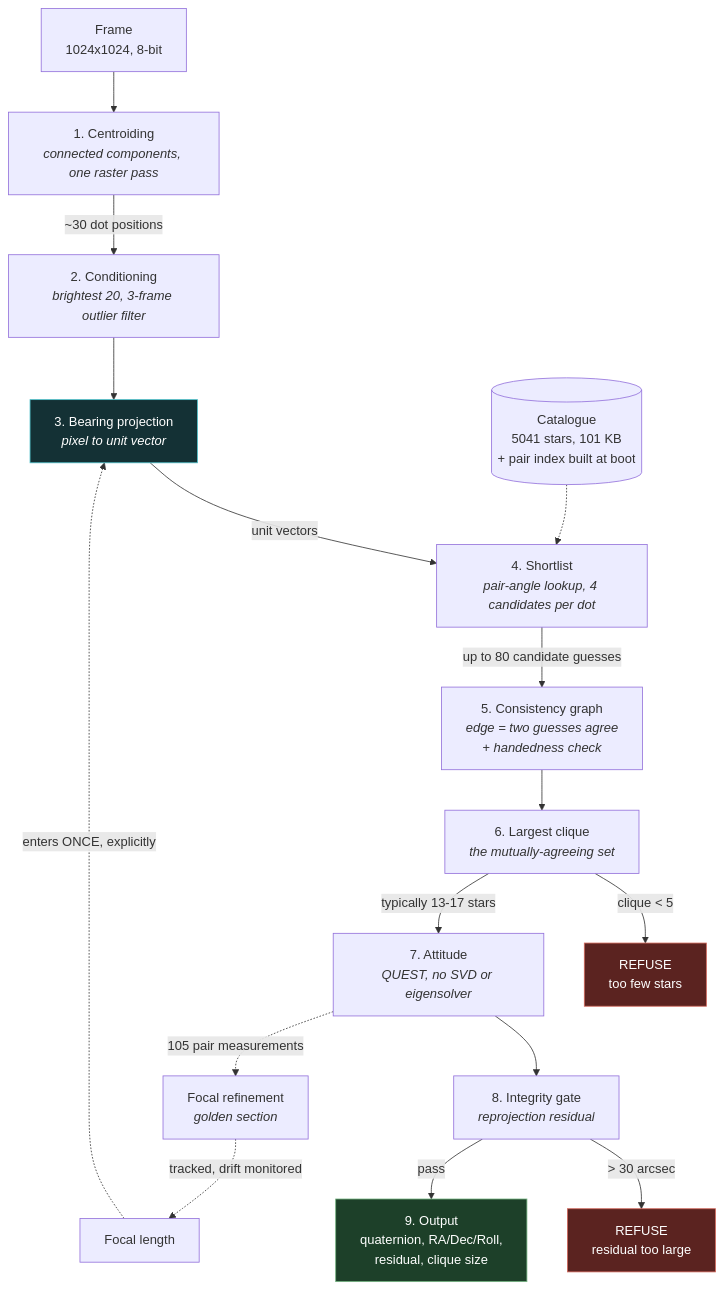
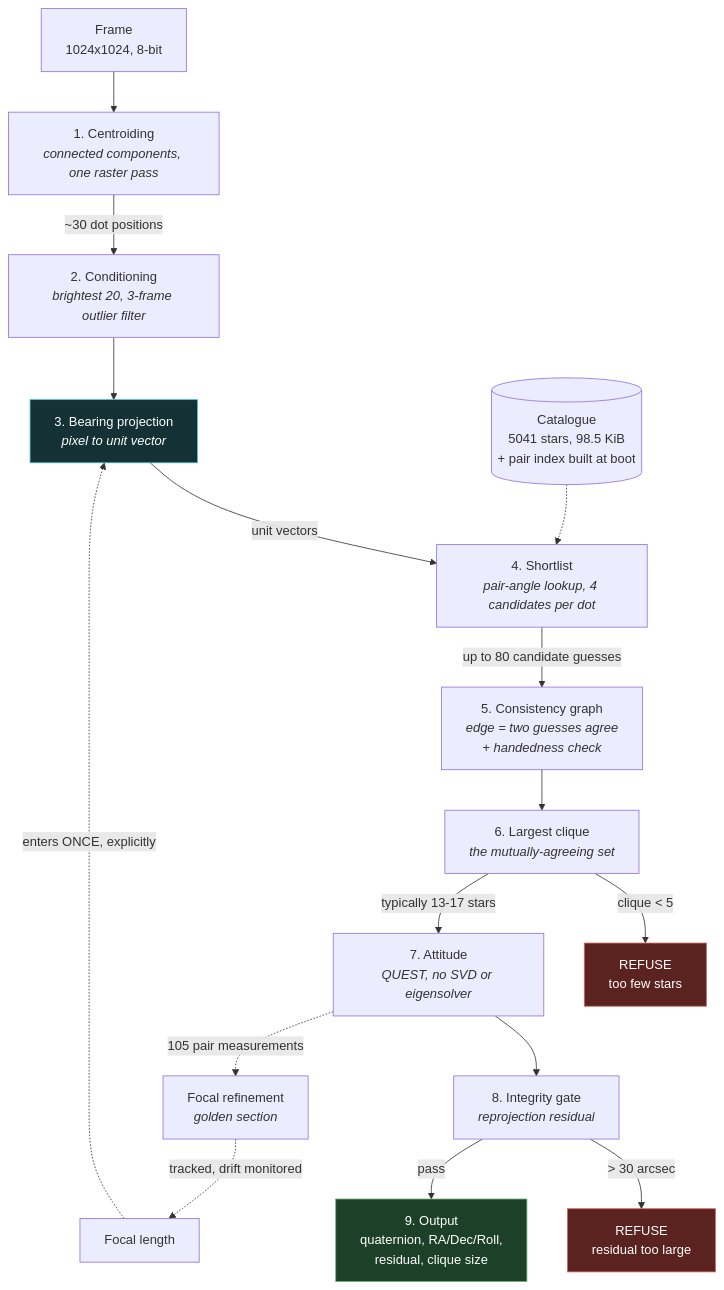
Before and after one commit to Dee-1862/star_tracker_v1: the first of 2 diagrams in README.md, drawn with Mermaid. The commit also changed other lines of this file and 21 other files, not shown here.

````diff
--- a/README.md
+++ b/README.md
@@ -99,23 +181,23 @@
 ```mermaid
 flowchart TD
     A["Frame<br/>1024x1024, 8-bit"] --> B["1. Centroiding<br/><i>connected components, one raster pass</i>"]
     B -->|"~30 dot positions"| C["2. Conditioning<br/><i>brightest 20, 3-frame outlier filter</i>"]
     C --> D["3. Bearing projection<br/><i>pixel to unit vector</i>"]
     F["Focal length"] -.->|"enters ONCE, explicitly"| D
     D -->|"unit vectors"| E["4. Shortlist<br/><i>pair-angle lookup, 4 candidates per dot</i>"]
-    CAT[("Catalogue<br/>5041 stars, 101 KB<br/>+ pair index built at boot")] -.-> E
+    CAT[("Catalogue<br/>5041 stars, 98.5 KiB<br/>+ pair index built at boot")] -.-> E
     E -->|"up to 80 candidate guesses"| G["5. Consistency graph<br/><i>edge = two guesses agree</i><br/><i>+ handedness check</i>"]
     G --> H["6. Largest clique<br/><i>the mutually-agreeing set</i>"]
     H -->|"clique &lt; 5"| R1["REFUSE<br/>too few stars"]
     H -->|"typically 13-17 stars"| I["7. Attitude<br/><i>QUEST, no SVD or eigensolver</i>"]
     I --> J["8. Integrity gate<br/><i>reprojection residual</i>"]
     J -->|"&gt; 30 arcsec"| R2["REFUSE<br/>residual too large"]
     J -->|"pass"| K["9. Output<br/>quaternion, RA/Dec/Roll,<br/>residual, clique size"]
     I -.->|"105 pair measurements"| L["Focal refinement<br/><i>golden section</i>"]
     L -.->|"tracked, drift monitored"| F
 
     style R1 fill:#5b2320,stroke:#d2685c,color:#fff
     style R2 fill:#5b2320,stroke:#d2685c,color:#fff
     style K fill:#1d4029,stroke:#74b481,color:#fff
     style D fill:#143135,stroke:#4fc2cc,color:#fff
 ```
````
